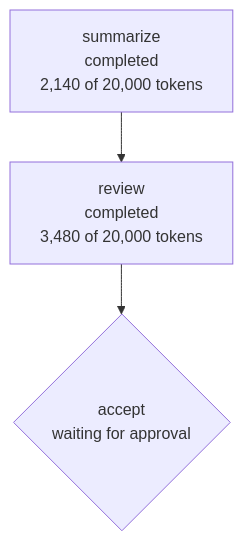
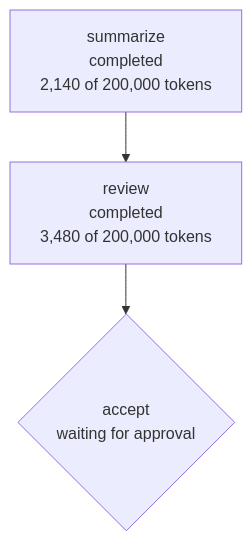
The fifth of 5 diagrams in docs/guides/diagrams.md (atomic-agentic/atomic), drawn with Mermaid before and after one commit. The commit also changed 11 other files, not shown here.

````diff
--- a/docs/guides/diagrams.md
+++ b/docs/guides/diagrams.md
@@ -151,8 +151,8 @@
 ```mermaid
 flowchart TD
-  n1["summarize<br/>completed<br/>2,140 of 20,000 tokens"]
-  n2["review<br/>completed<br/>3,480 of 20,000 tokens"]
+  n1["summarize<br/>completed<br/>2,140 of 200,000 tokens"]
+  n2["review<br/>completed<br/>3,480 of 200,000 tokens"]
   n3{"accept<br/>waiting for approval"}
   n1 --> n2
   n2 --> n3
 ```
````
